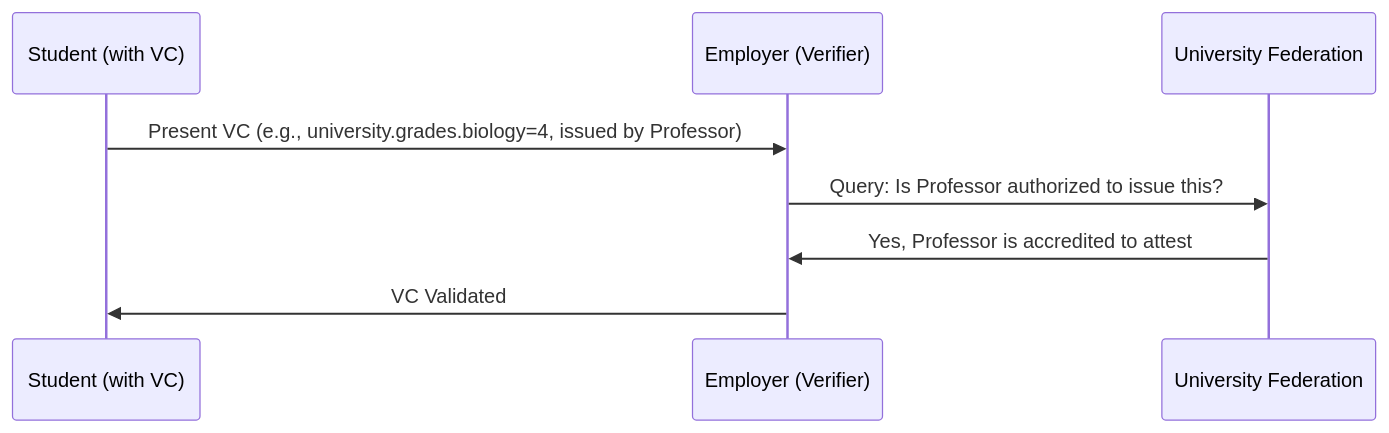
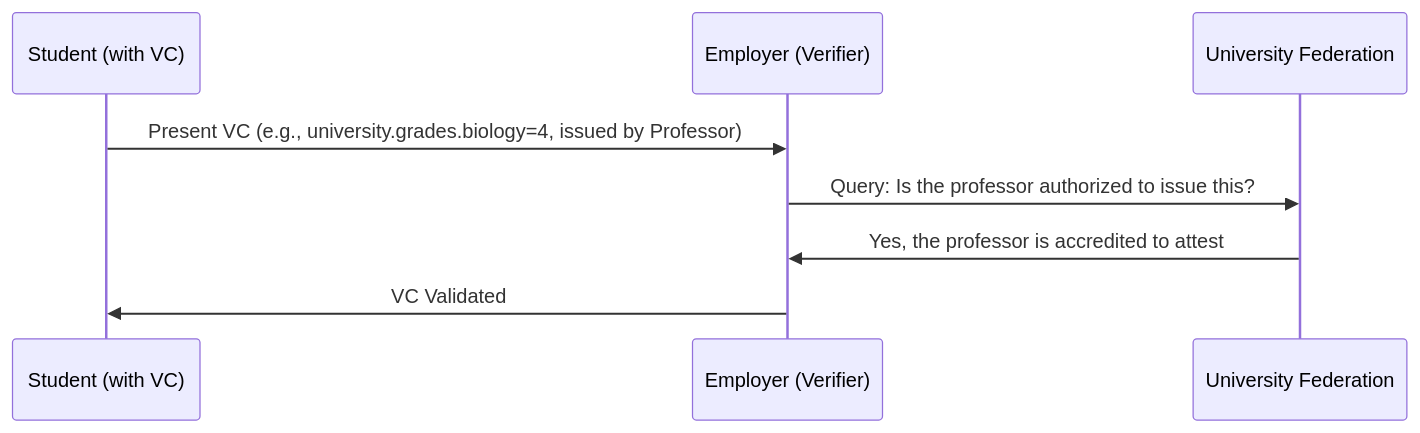
One commit to iotaledger/iota changed the fourth of 4 diagrams in docs/content/developer/iota-hierarchies/explanations/hierarchies-and-identity.mdx. Above: the diagram before and after it, drawn with Mermaid. The commit also changed other lines of this file and 3 other files, not shown here.

````diff
--- a/docs/content/developer/iota-hierarchies/explanations/hierarchies-and-identity.mdx
+++ b/docs/content/developer/iota-hierarchies/explanations/hierarchies-and-identity.mdx
@@ -104,10 +127,10 @@
 ```mermaid
 sequenceDiagram
     participant Student as Student (with VC)
     participant Employer as Employer (Verifier)
     participant Federation as University Federation
     Student->>Employer: Present VC (e.g., university.grades.biology=4, issued by Professor)
-    Employer->>Federation: Query: Is Professor authorized to issue this?
-    Federation->>Employer: Yes, Professor is accredited to attest
+    Employer->>Federation: Query: Is the professor authorized to issue this?
+    Federation->>Employer: Yes, the professor is accredited to attest
     Employer->>Student: VC Validated
 ```
````
